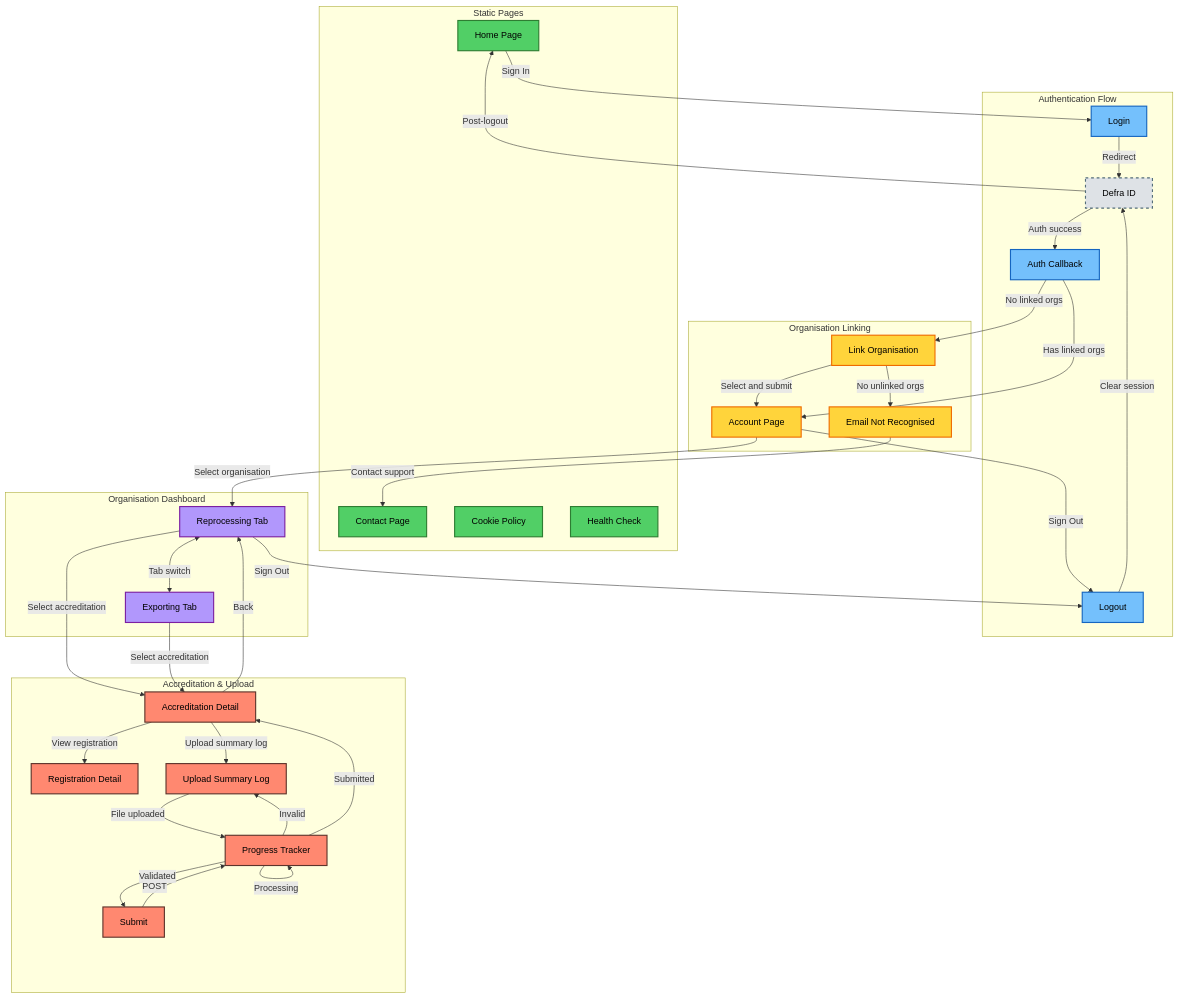
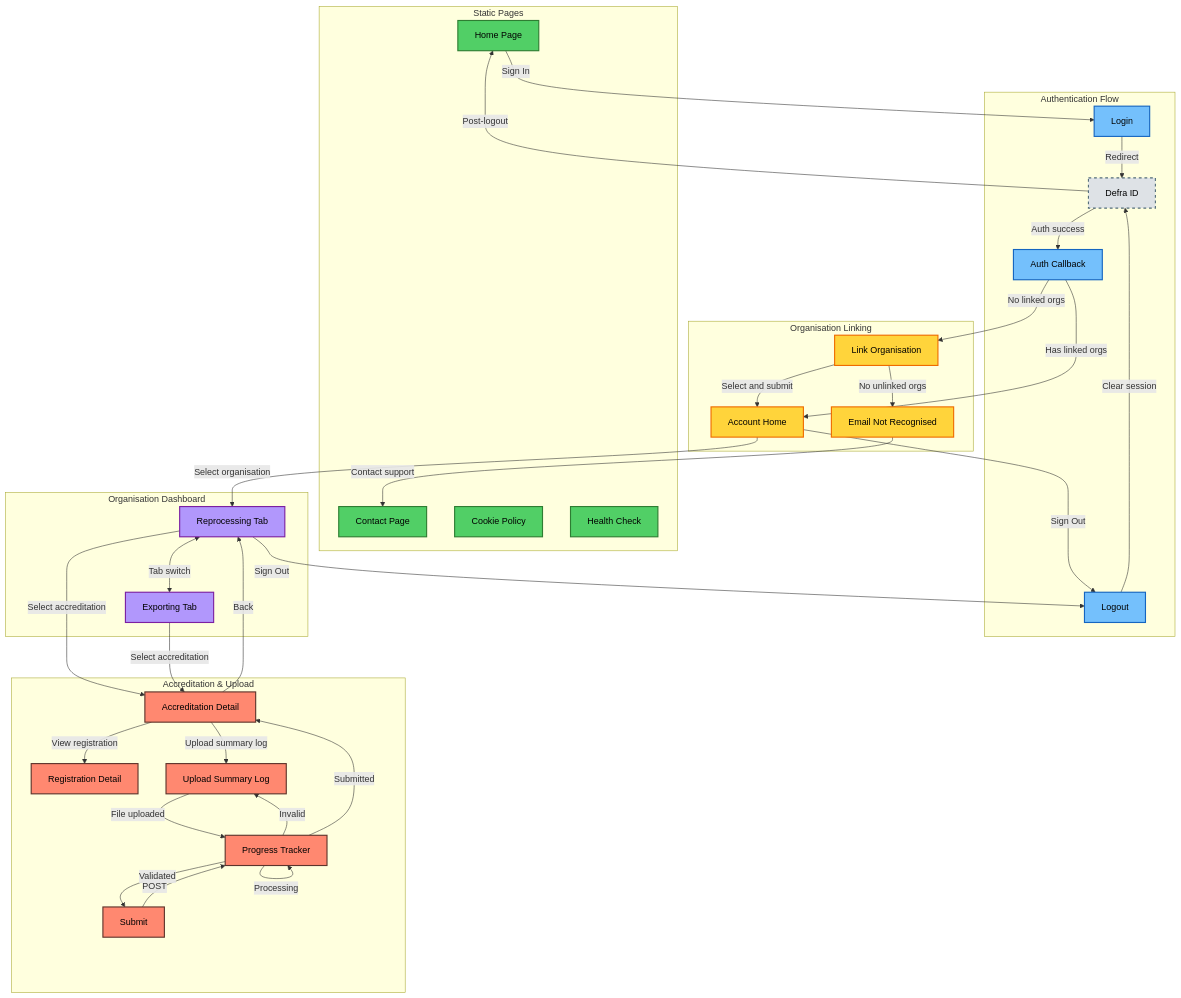
One commit to DEFRA/epr-re-ex-service changed the diagram in docs/architecture/discovery/epr-frontend-page-navigation.md. Above: the diagram before and after it, drawn with Mermaid.

Commit message:
Rename Account Page to Account Home

````diff
--- a/docs/architecture/discovery/epr-frontend-page-navigation.md
+++ b/docs/architecture/discovery/epr-frontend-page-navigation.md
@@ -50,82 +50,82 @@
 ```mermaid
 flowchart TD
     subgraph Static["Static Pages"]
         HOME["Home Page"]
         CONTACT["Contact Page"]
         COOKIES["Cookie Policy"]
         HEALTH["Health Check"]
     end
 
     subgraph Auth["Authentication Flow"]
         LOGIN["Login"]
         CALLBACK["Auth Callback"]
         LOGOUT["Logout"]
         DEFRA_ID["Defra ID"]
     end
 
     subgraph Linking["Organisation Linking"]
-        ACCOUNT["Account Page"]
+        ACCOUNT["Account Home"]
         LINKING["Link Organisation"]
         EMAIL_NOT_RECOG["Email Not Recognised"]
     end
 
     subgraph OrgDashboard["Organisation Dashboard"]
         ORG_DASH["Reprocessing Tab"]
         ORG_EXPORT["Exporting Tab"]
     end
 
     subgraph AccreditationFlow["Accreditation & Upload"]
         ACCRED["Accreditation Detail"]
         REG["Registration Detail"]
         UPLOAD["Upload Summary Log"]
         PROGRESS["Progress Tracker"]
         SUBMIT["Submit"]
     end
 
     HOME -->|Sign In| LOGIN
     LOGIN -->|Redirect| DEFRA_ID
     DEFRA_ID -->|Auth success| CALLBACK
 
     CALLBACK -->|Has linked orgs| ACCOUNT
     CALLBACK -->|No linked orgs| LINKING
 
     LINKING -->|Select and submit| ACCOUNT
     LINKING -->|No unlinked orgs| EMAIL_NOT_RECOG
     EMAIL_NOT_RECOG -->|Contact support| CONTACT
 
     ACCOUNT -->|Select organisation| ORG_DASH
     ORG_DASH <-->|Tab switch| ORG_EXPORT
 
     ORG_DASH -->|Select accreditation| ACCRED
     ORG_EXPORT -->|Select accreditation| ACCRED
     ACCRED -->|Back| ORG_DASH
     ACCRED -->|View registration| REG
     ACCRED -->|Upload summary log| UPLOAD
 
     UPLOAD -->|File uploaded| PROGRESS
 
     PROGRESS -->|Processing| PROGRESS
     PROGRESS -->|Validated| SUBMIT
     SUBMIT -->|POST| PROGRESS
     PROGRESS -->|Invalid| UPLOAD
     PROGRESS -->|Submitted| ACCRED
 
     ACCOUNT -->|Sign Out| LOGOUT
     ORG_DASH -->|Sign Out| LOGOUT
     LOGOUT -->|Clear session| DEFRA_ID
     DEFRA_ID -->|Post-logout| HOME
 
     classDef static fill:#51cf66,stroke:#2e7d32,color:#000,stroke-width:2px
     classDef auth fill:#74c0fc,stroke:#1565c0,color:#000,stroke-width:2px
     classDef linking fill:#ffd43b,stroke:#ef6c00,color:#000,stroke-width:2px
     classDef dashboard fill:#b197fc,stroke:#7b1fa2,color:#000,stroke-width:2px
     classDef upload fill:#FF8870,stroke:#5E342B,color:#000,stroke-width:2px
     classDef external fill:#dee2e6,stroke:#546e7a,color:#000,stroke-width:2px,stroke-dasharray: 5 5
 
     class HOME,CONTACT,COOKIES,HEALTH static
     class LOGIN,CALLBACK,LOGOUT auth
     class ACCOUNT,LINKING,EMAIL_NOT_RECOG linking
     class ORG_DASH,ORG_EXPORT dashboard
     class ACCRED,REG,UPLOAD,PROGRESS,SUBMIT upload
     class DEFRA_ID external
 ```
````
